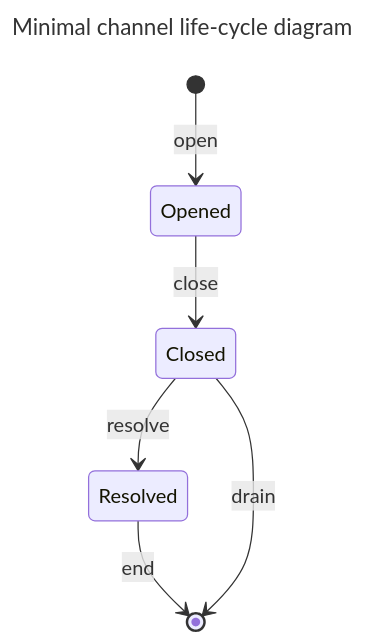
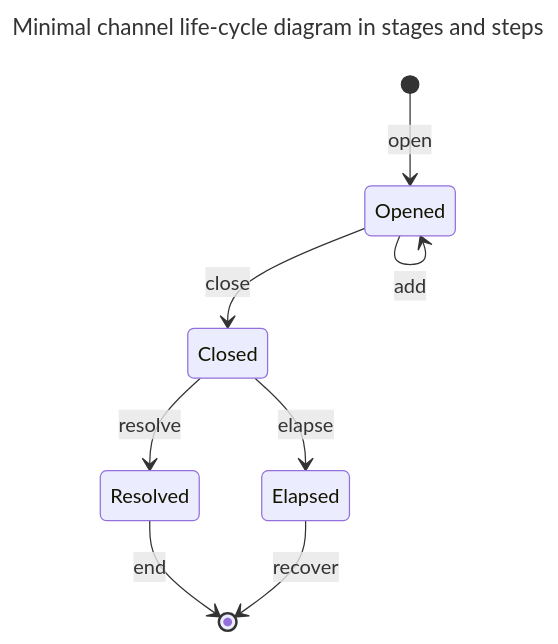
One commit to colll78/cardano-lightning changed the diagram in docs/adrs/minimal-lifecycle.md. Above: the diagram before and after it, drawn with Mermaid. The commit also changed other lines of this file and 1 other file, not shown here.

````diff
--- a/docs/adrs/minimal-lifecycle.md
+++ b/docs/adrs/minimal-lifecycle.md
@@ -67,11 +60,13 @@
 ```mermaid
 ---
-title: Minimal channel life-cycle diagram
+title: Minimal channel life-cycle diagram in stages and steps
 ---
 stateDiagram-v2
     [*] --> Opened : open
+    Opened --> Opened : add
     Opened --> Closed : close
     Closed --> Resolved : resolve
     Resolved --> [*] : end
-    Closed --> [*] : drain
+    Closed --> Elapsed : elapse
+    Elapsed --> [*] : recover
 ```
````
